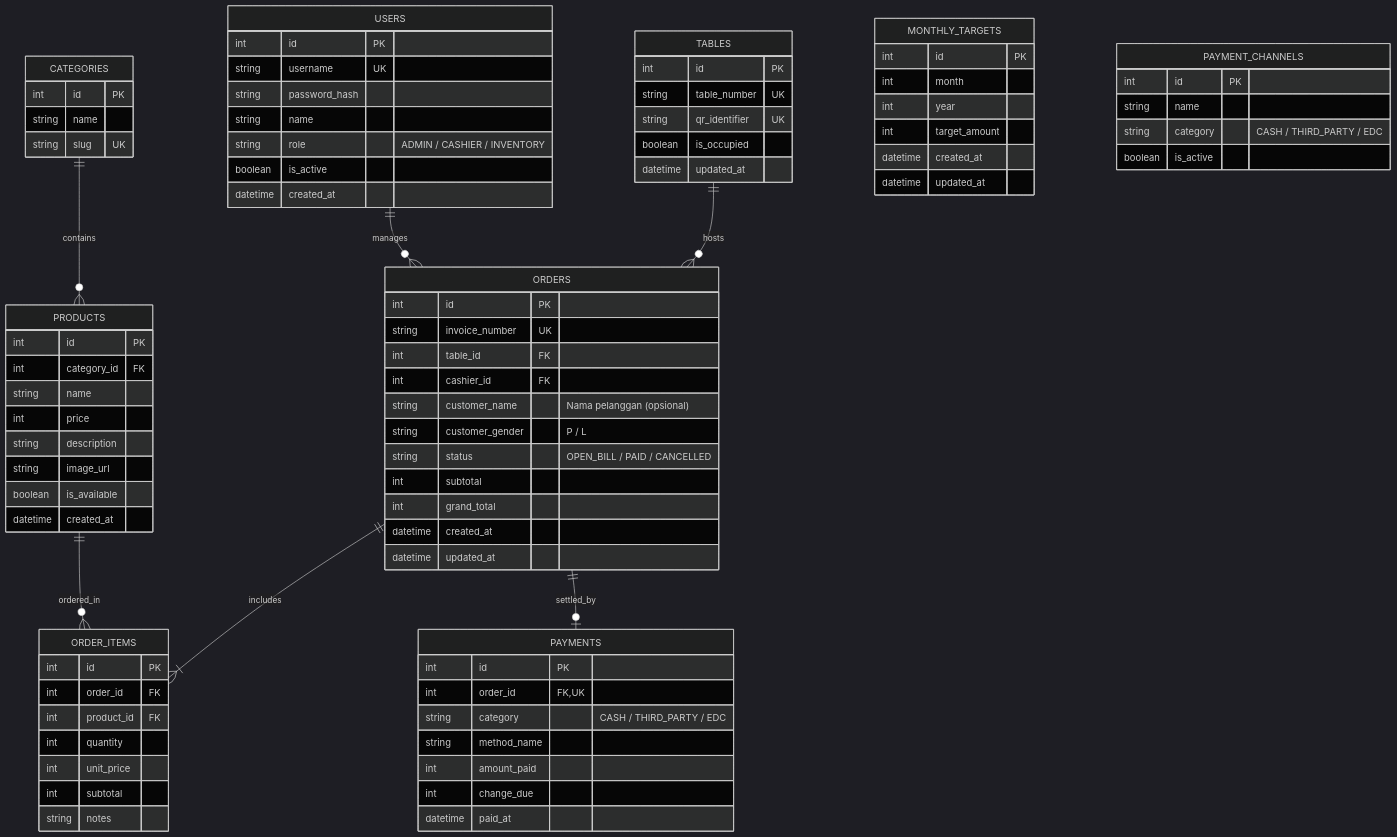
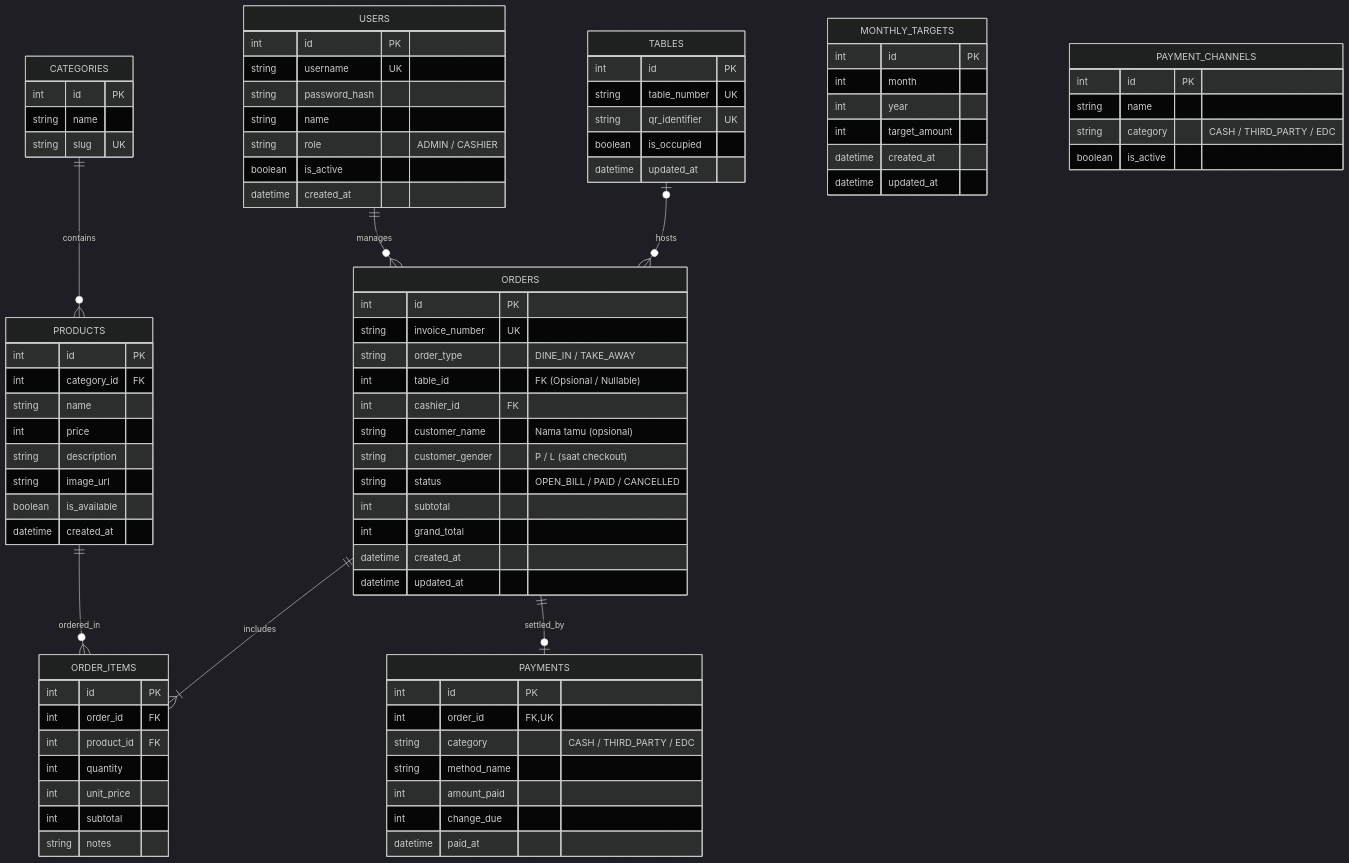
Before and after one commit to 20alfiansyah/secondacc: the diagram in docs/5_DATABASE.md, drawn with Mermaid (dark theme). The commit also changed other lines of this file and 31 other files, not shown here.

````diff
--- a/docs/5_DATABASE.md
+++ b/docs/5_DATABASE.md
@@ -5,7 +9,7 @@
 ```mermaid
 erDiagram
     USERS ||--o{ ORDERS : manages
-    TABLES ||--o{ ORDERS : hosts
+    TABLES |o--o{ ORDERS : hosts
     CATEGORIES ||--o{ PRODUCTS : contains
     PRODUCTS ||--o{ ORDER_ITEMS : ordered_in
     ORDERS ||--|{ ORDER_ITEMS : includes
@@ -16,7 +20,7 @@
         string username UK
         string password_hash
         string name
-        string role "ADMIN / CASHIER / INVENTORY"
+        string role "ADMIN / CASHIER"
         boolean is_active
         datetime created_at
     }
@@ -49,10 +53,11 @@
     ORDERS {
         int id PK
         string invoice_number UK
-        int table_id FK
+        string order_type "DINE_IN / TAKE_AWAY"
+        int table_id "FK (Opsional / Nullable)"
         int cashier_id FK
-        string customer_name "Nama pelanggan (opsional)"
-        string customer_gender "P / L"
+        string customer_name "Nama tamu (opsional)"
+        string customer_gender "P / L (saat checkout)"
         string status "OPEN_BILL / PAID / CANCELLED"
         int subtotal
         int grand_total
````
